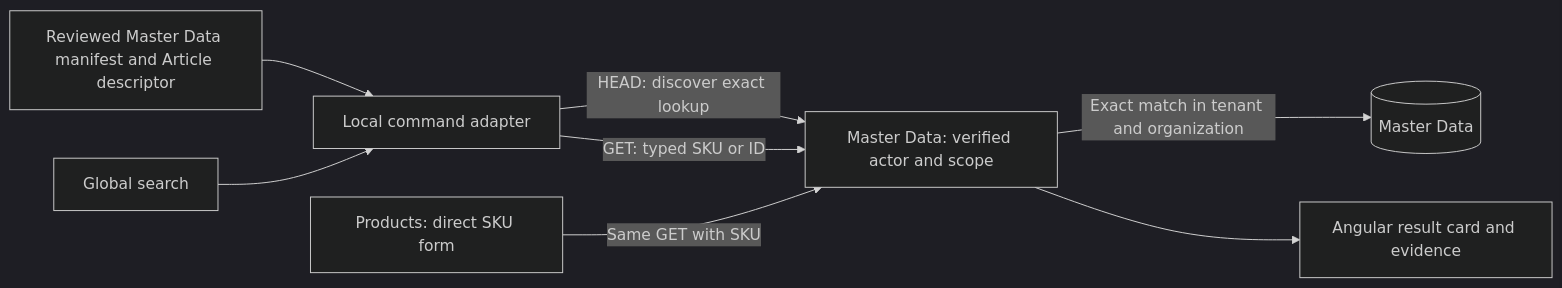
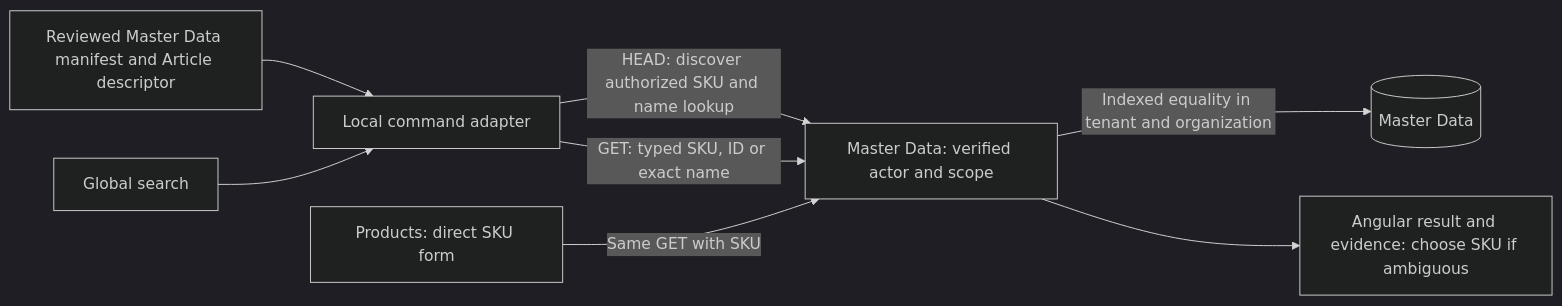
Before and after one commit to deed-ee/erp: the diagram in docs/specifications/command-interface.md, drawn with Mermaid (dark theme). The commit also changed other lines of this file and 25 other files, not shown here.

Commit message:
Resolve exact Article names with bounded authorized choices

````diff
--- a/docs/specifications/command-interface.md
+++ b/docs/specifications/command-interface.md
@@ -11,10 +11,10 @@
 ```mermaid
 flowchart LR
     M[Reviewed Master Data manifest and Article descriptor] --> C[Local command adapter]
     U[Global search] --> C
-    C -->|HEAD: discover exact lookup| A[Master Data: verified actor and scope]
-    C -->|GET: typed SKU or ID| A
+    C -->|HEAD: discover authorized SKU and name lookup| A[Master Data: verified actor and scope]
+    C -->|GET: typed SKU, ID or exact name| A
     P[Products: direct SKU form] -->|Same GET with SKU| A
-    A -->|Exact match in tenant and organization| D[(Master Data)]
-    A --> R[Angular result card and evidence]
+    A -->|Indexed equality in tenant and organization| D[(Master Data)]
+    A --> R[Angular result and evidence: choose SKU if ambiguous]
 ```
````
